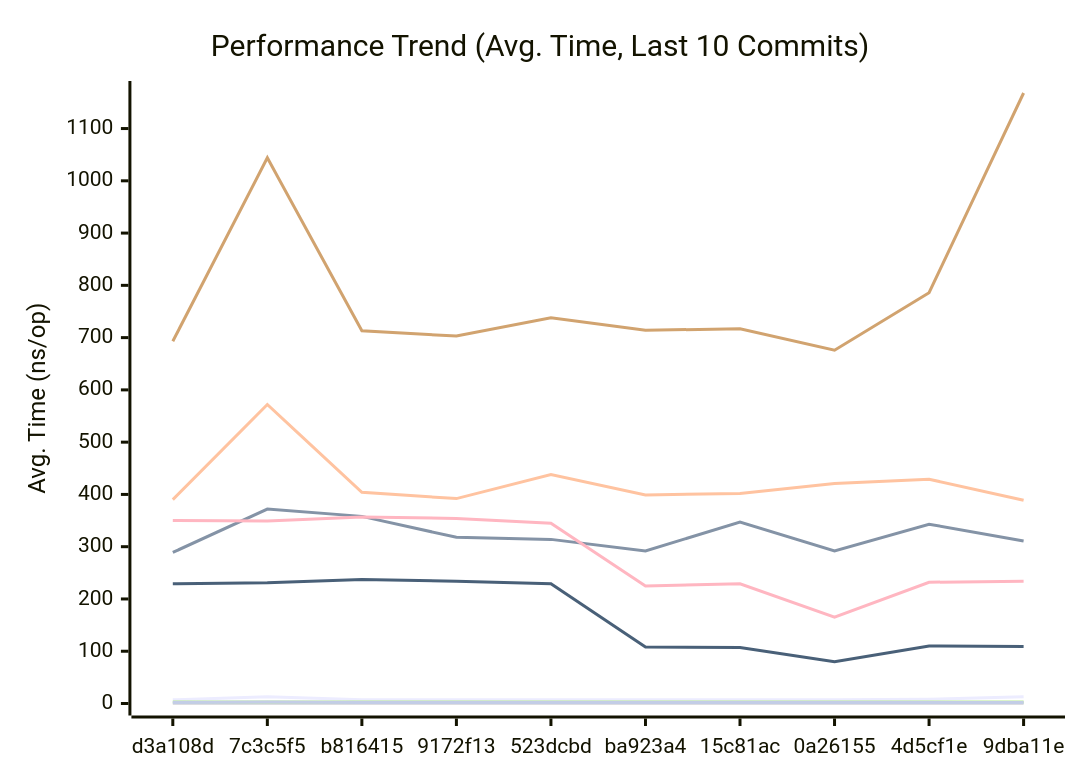
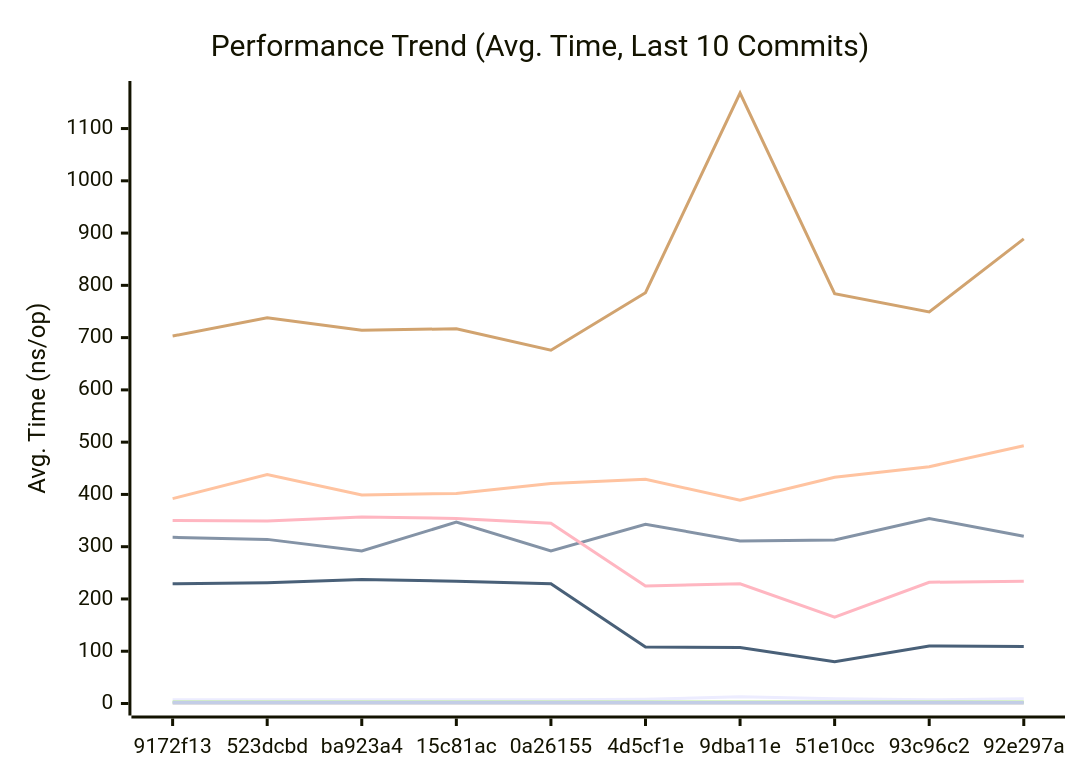
The first of 3 diagrams in docs/PERFORMANCE.md (alsotoes/momo), drawn with Mermaid before and after one commit. The commit also changed other lines of this file and 2 other files, not shown here.

````diff
--- a/docs/PERFORMANCE.md
+++ b/docs/PERFORMANCE.md
@@ -80,16 +80,16 @@
 ```mermaid
 xychart-beta
     title "Performance Trend (Avg. Time, Last 10 Commits)"
     x-axis "Commit"
     y-axis "Avg. Time (ns/op)"
-    x-axis [d3a108d,7c3c5f5,b816415,9172f13,523dcbd,ba923a4,15c81ac,0a26155,4d5cf1e,9dba11e]
-    line "CheckMetricsAndSwap" [7,13,7,7,7,7,7,7,8,13]
-    line "CrushOptimized" [289,372,358,318,314,292,347,292,343,311]
-    line "CrushOriginal" [390,572,404,392,438,399,402,421,429,389]
+    x-axis [9172f13,523dcbd,ba923a4,15c81ac,0a26155,4d5cf1e,9dba11e,51e10cc,93c96c2,92e297a]
+    line "CheckMetricsAndSwap" [7,7,7,7,7,8,13,9,7,9]
+    line "CrushOptimized" [318,314,292,347,292,343,311,313,354,320]
+    line "CrushOriginal" [392,438,399,402,421,429,389,433,453,493]
     line "IndexDirectTracking" [0,0,0,0,0,0,0,0,0,0]
     line "IndexSearch" [3,3,3,3,3,3,3,3,3,3]
-    line "LoadGlobalConfig" [693,1044,713,703,738,714,717,676,786,1168]
-    line "PadString" [2,3,2,2,2,2,2,2,2,2]
+    line "LoadGlobalConfig" [703,738,714,717,676,786,1168,784,749,889]
+    line "PadString" [2,2,2,2,2,2,2,2,2,2]
     line "ParseReplicationOrder_NoPrealloc" [350,349,357,354,345,225,229,165,232,234]
     line "ParseReplicationOrder_Prealloc" [229,231,237,234,229,108,107,80,110,109]
 ```
````
